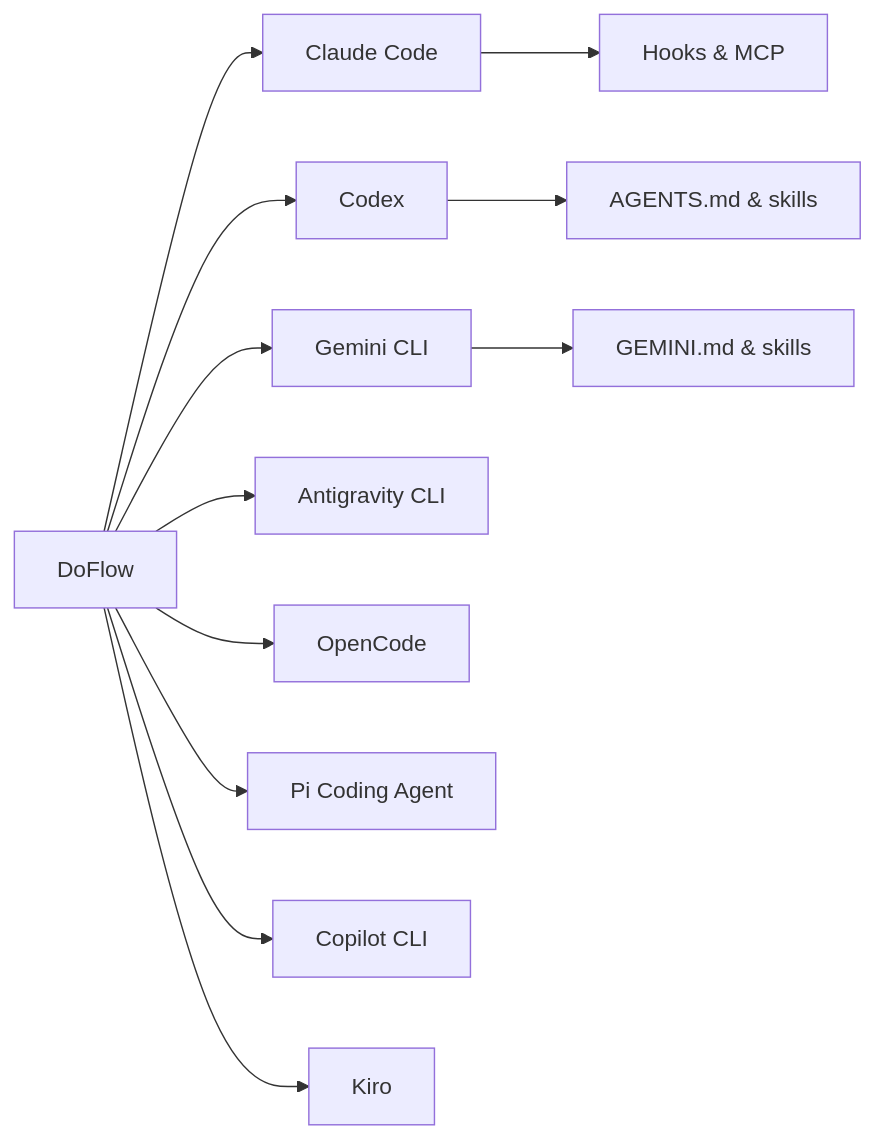
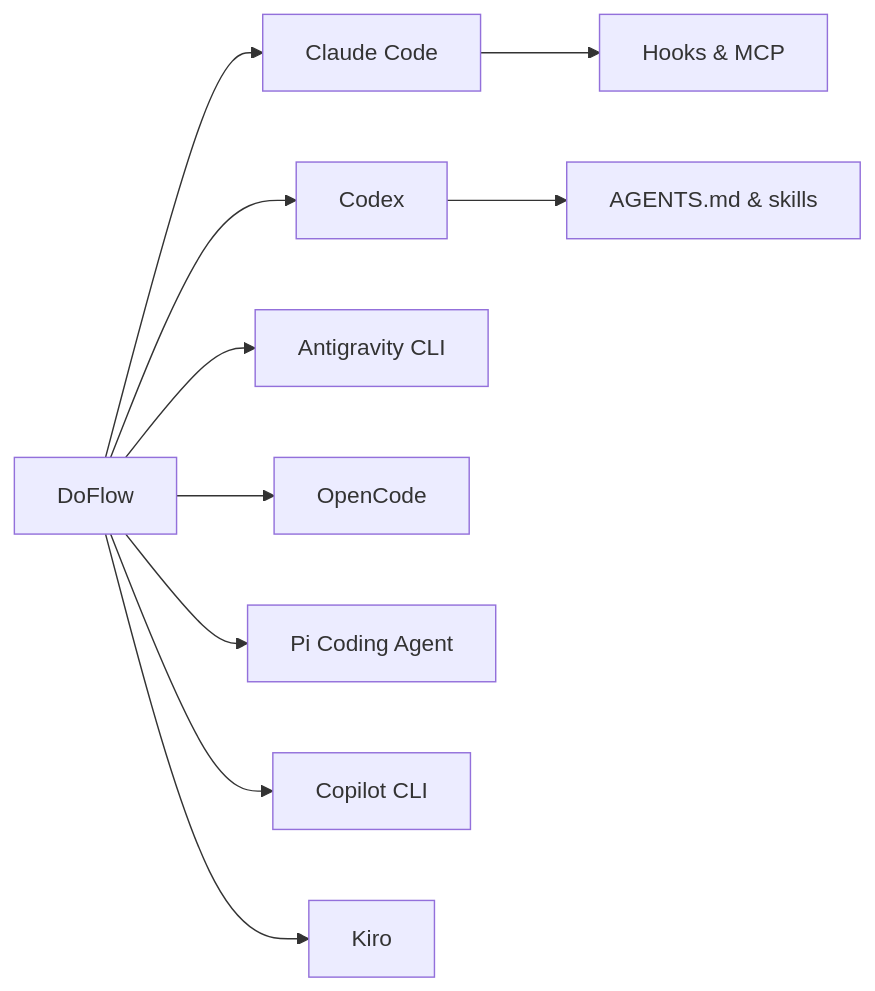
Before and after one commit to khoavu882/do-flow: the first of 5 diagrams in docs/index.md, drawn with Mermaid. The commit also changed other lines of this file and 15 other files, not shown here.

First line of the commit message:
docs: seven harnesses; Gemini CLI retired, Antigravity owns ~/.gemini/GEMINI.md

````diff
--- a/docs/index.md
+++ b/docs/index.md
@@ -9,14 +9,12 @@
 ```mermaid
 flowchart LR
     D[DoFlow] --> C[Claude Code]
     D --> X[Codex]
-    D --> G[Gemini CLI]
     D --> A[Antigravity CLI]
     D --> O[OpenCode]
     D --> P[Pi Coding Agent]
     D --> CP[Copilot CLI]
     D --> K[Kiro]
     C --> H[Hooks & MCP]
     X --> S[AGENTS.md & skills]
-    G --> R[GEMINI.md & skills]
 ```
````
